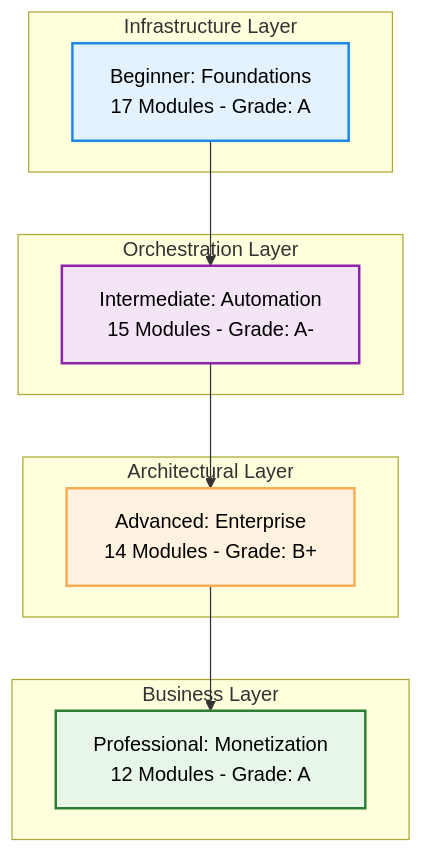
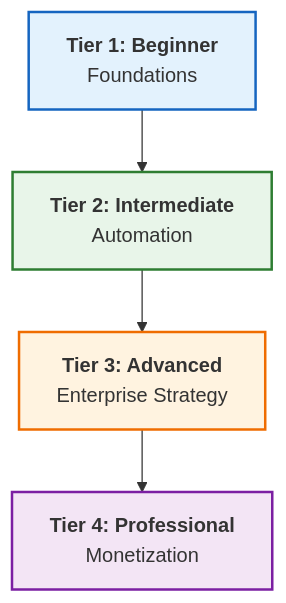
One commit to Ganil151/Devops changed the diagram in README.md. Above: the diagram before and after it, drawn with Mermaid. The commit also changed other lines of this file and 742 other files, not shown here.

````diff
--- a/README.md
+++ b/README.md
@@ -43,28 +26,12 @@
 ```mermaid
 graph TD
-    classDef default color:#000;
-    B[Beginner: Foundations<br/>17 Modules - Grade: A] --> I[Intermediate: Automation<br/>15 Modules - Grade: A-]
-    I --> A[Advanced: Enterprise<br/>14 Modules - Grade: B+]
-    A --> P[Professional: Monetization<br/>12 Modules - Grade: A]
-    
-    subgraph "Infrastructure Layer"
-    B
-    end
-    
-    subgraph "Orchestration Layer"
-    I
-    end
-    
-    subgraph "Architectural Layer"
-    A
-    end
-    
-    subgraph "Business Layer"
-    P
-    end
+    classDef default fill:#f9f9f9,stroke:#333,stroke-width:2px;
+    classDef beginner fill:#e3f2fd,stroke:#1565c0;
+    classDef inter fill:#e8f5e9,stroke:#2e7d32;
+    classDef adv fill:#fff3e0,stroke:#ef6c00;
+    classDef pro fill:#f3e5f5,stroke:#7b1fa2;
 
-    style B fill:#e3f2fd,stroke:#1e88e5,stroke-width:2px,color:#000
-    style I fill:#f3e5f5,stroke:#8e24aa,stroke-width:2px,color:#000
-    style A fill:#fff3e0,stroke:#f6ad55,stroke-width:2px,color:#000
-    style P fill:#e8f5e9,stroke:#2e7d32,stroke-width:2px,color:#000
+    B[<b>Tier 1: Beginner</b><br/>Foundations]:::beginner --> I[<b>Tier 2: Intermediate</b><br/>Automation]:::inter
+    I --> A[<b>Tier 3: Advanced</b><br/>Enterprise Strategy]:::adv
+    A --> P[<b>Tier 4: Professional</b><br/>Monetization]:::pro
 ```
````
